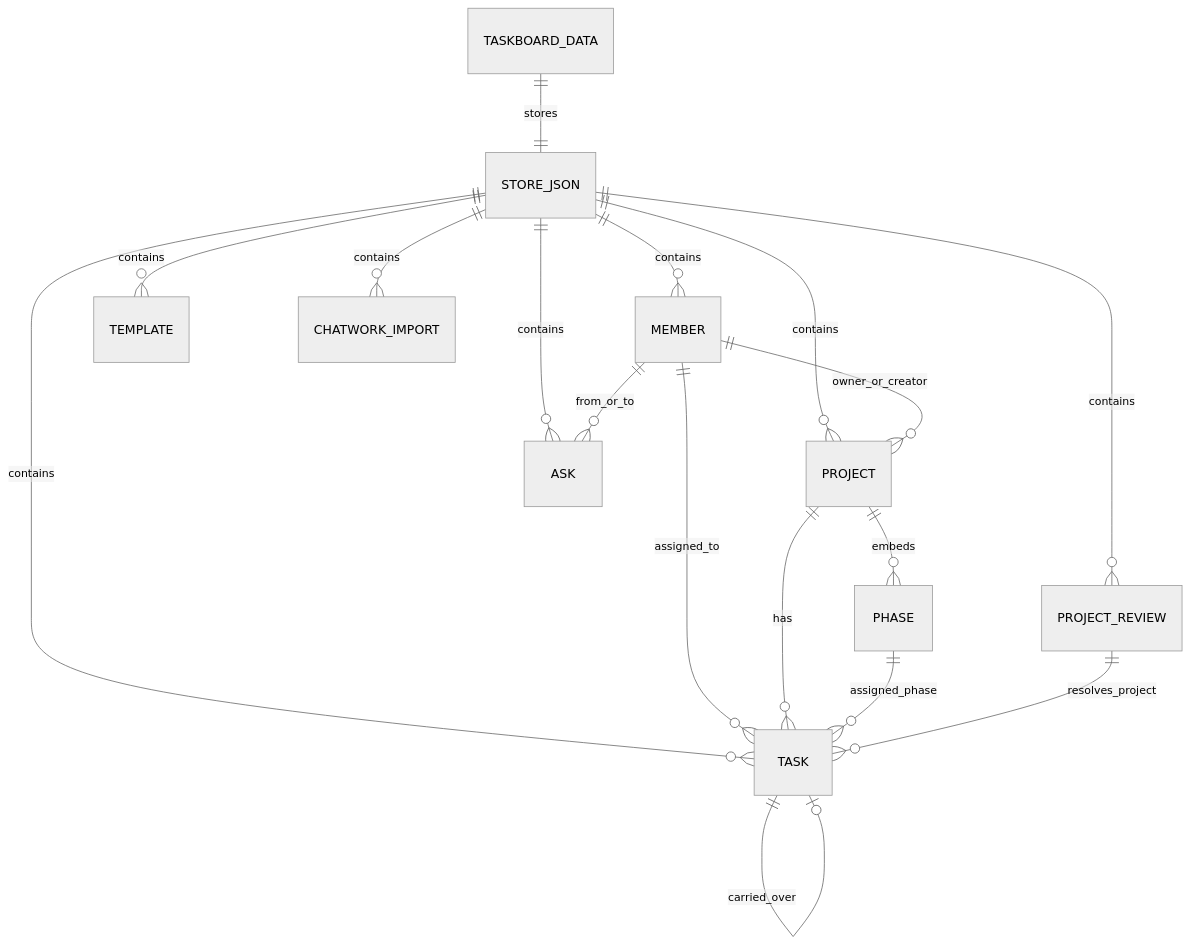
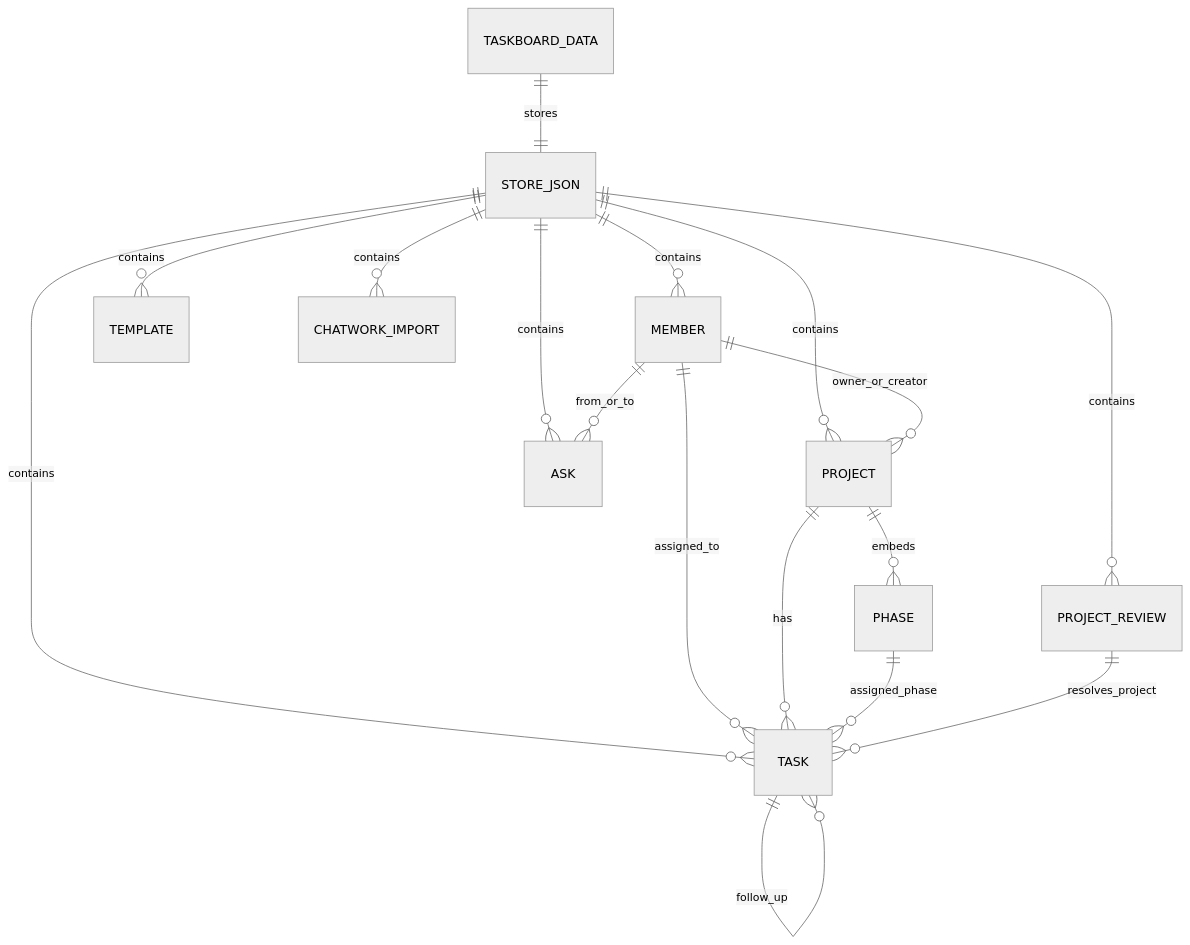
Before and after one commit to nikoworks/shared_apps: the diagram in public/task_board/DATABASE_SCHEMA.md, drawn with Mermaid (neutral theme). The commit also changed other lines of this file and 4 other files, not shown here.

````diff
--- a/public/task_board/DATABASE_SCHEMA.md
+++ b/public/task_board/DATABASE_SCHEMA.md
@@ -11,20 +11,21 @@
 ```mermaid
 erDiagram
   TASKBOARD_DATA ||--|| STORE_JSON : stores
   STORE_JSON ||--o{ MEMBER : contains
   STORE_JSON ||--o{ PROJECT : contains
   STORE_JSON ||--o{ TASK : contains
   STORE_JSON ||--o{ ASK : contains
   STORE_JSON ||--o{ TEMPLATE : contains
   STORE_JSON ||--o{ CHATWORK_IMPORT : contains
   STORE_JSON ||--o{ PROJECT_REVIEW : contains
 
   MEMBER ||--o{ TASK : assigned_to
   MEMBER ||--o{ PROJECT : owner_or_creator
   MEMBER ||--o{ ASK : from_or_to
   PROJECT ||--o{ TASK : has
   PROJECT ||--o{ PHASE : embeds
   PHASE ||--o{ TASK : assigned_phase
   TASK ||--o| TASK : carried_over
+  TASK ||--o{ TASK : follow_up
   PROJECT_REVIEW ||--o{ TASK : resolves_project
 ```
````
